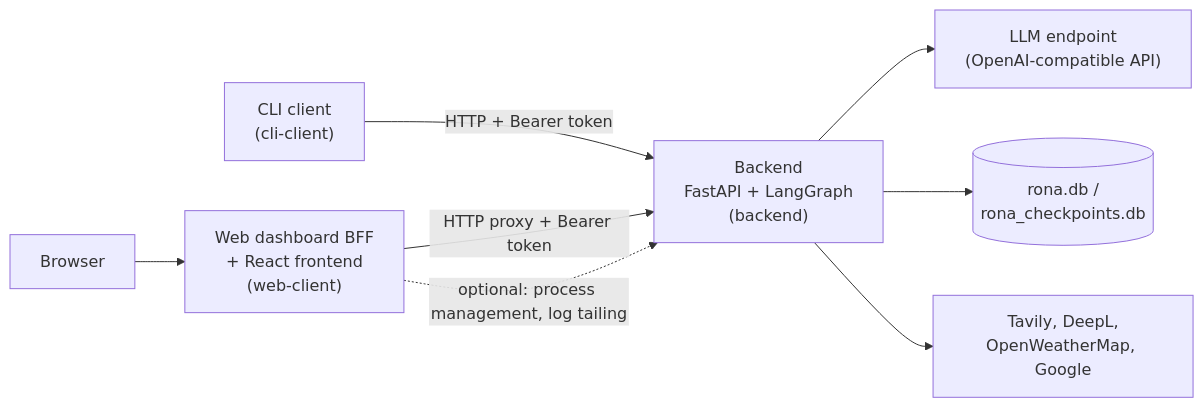
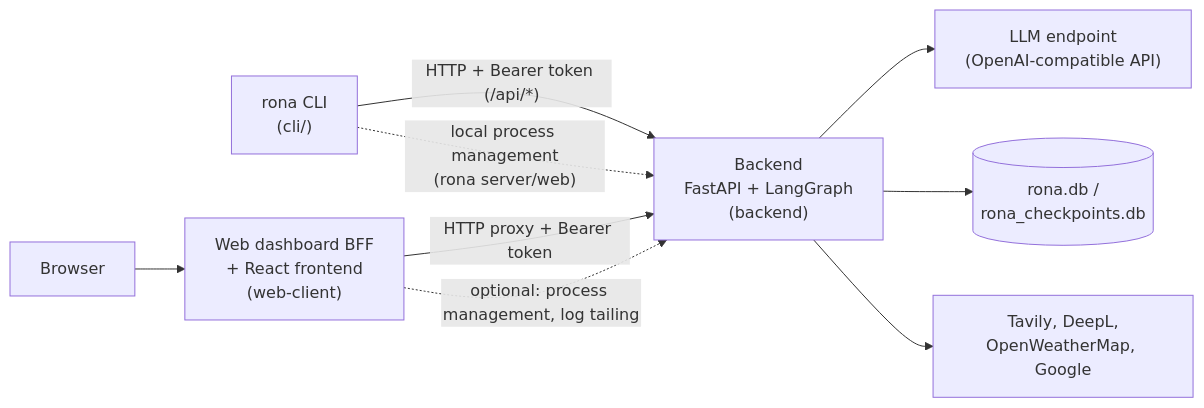
The first of 2 diagrams in README.en.md (Tech-06/Rona-Public-Edition), drawn with Mermaid before and after one commit. The commit also changed other lines of this file and 2 other files, not shown here.

````diff
--- a/README.en.md
+++ b/README.en.md
@@ -433,18 +510,19 @@
 ```mermaid
 flowchart LR
-    CLI["CLI client<br/>(cli-client)"]
+    CLI["rona CLI<br/>(cli/)"]
     BROWSER["Browser"]
     WEBUI["Web dashboard BFF<br/>+ React frontend<br/>(web-client)"]
     BACKEND["Backend<br/>FastAPI + LangGraph<br/>(backend)"]
     LLM["LLM endpoint<br/>(OpenAI-compatible API)"]
     DB[("rona.db /<br/>rona_checkpoints.db")]
     EXT["Tavily, DeepL,<br/>OpenWeatherMap, Google"]
 
     BROWSER --> WEBUI
-    CLI -->|"HTTP + Bearer token"| BACKEND
+    CLI -->|"HTTP + Bearer token (/api/*)"| BACKEND
+    CLI -.->|"local process management<br/>(rona server/web)"| BACKEND
     WEBUI -->|"HTTP proxy + Bearer token"| BACKEND
     WEBUI -.->|"optional: process management, log tailing"| BACKEND
     BACKEND --> LLM
     BACKEND --> DB
     BACKEND --> EXT
 ```
````
